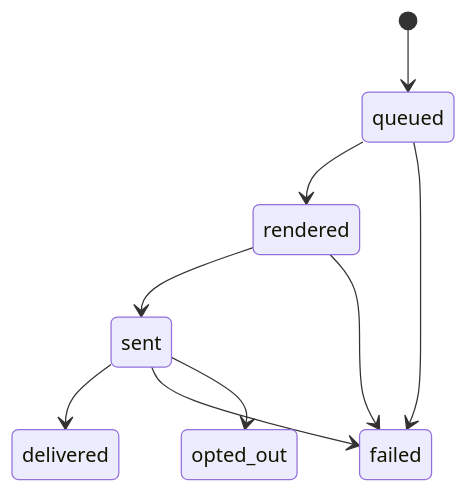
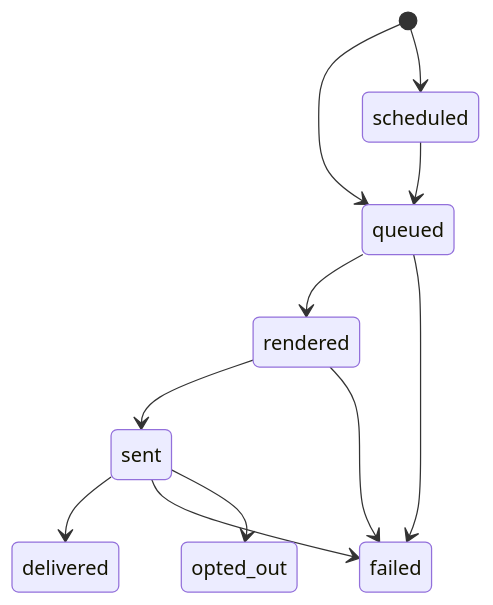
The diagram in concepts/messages.mdx (senderkit/docs), drawn with Mermaid before and after one commit. The commit also changed other lines of this file and 5 other files, not shown here.

````diff
--- a/concepts/messages.mdx
+++ b/concepts/messages.mdx
@@ -15,11 +15,13 @@
 ```mermaid
 stateDiagram-v2
     [*] --> queued
+    [*] --> scheduled
+    scheduled --> queued
     queued --> rendered
     rendered --> sent
     sent --> delivered
     sent --> failed
     sent --> opted_out
     queued --> failed
     rendered --> failed
 ```
````
